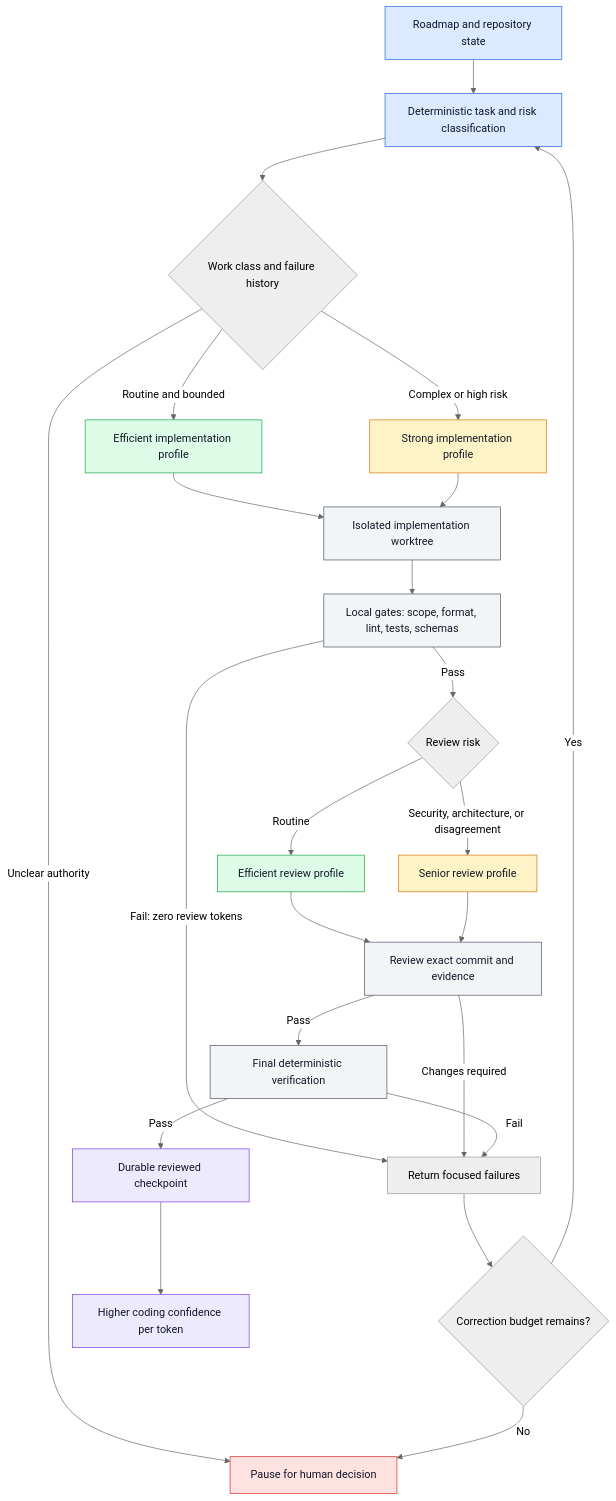
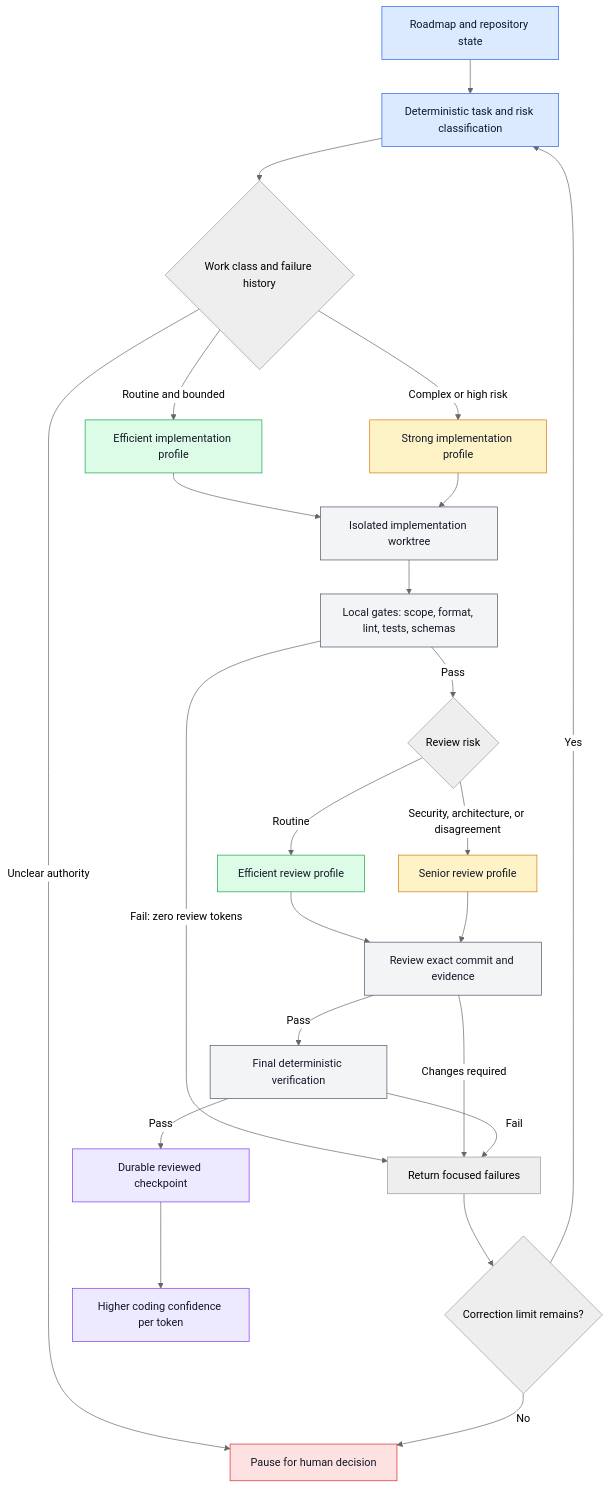
One commit to AaronNHorvitz/CodingMage changed the first of 2 diagrams in README.md. Above: the diagram before and after it, drawn with Mermaid (neutral theme). The commit also changed other lines of this file and 21 other files, not shown here.

````diff
--- a/README.md
+++ b/README.md
@@ -23,45 +23,45 @@
 ```mermaid
 flowchart TD
     A[Roadmap and repository state] --> B[Deterministic task and risk classification]
     B --> C{Work class and failure history}
 
     C -- Routine and bounded --> D[Efficient implementation profile]
     C -- Complex or high risk --> E[Strong implementation profile]
     C -- Unclear authority --> X[Pause for human decision]
 
     D --> F[Isolated implementation worktree]
     E --> F
     F --> G[Local gates: scope, format, lint, tests, schemas]
 
     G -- Fail: zero review tokens --> H[Return focused failures]
-    H --> I{Correction budget remains?}
+    H --> I{Correction limit remains?}
     I -- Yes --> B
     I -- No --> X
 
     G -- Pass --> J{Review risk}
     J -- Routine --> K[Efficient review profile]
     J -- Security, architecture, or disagreement --> L[Senior review profile]
     K --> M[Review exact commit and evidence]
     L --> M
 
     M -- Changes required --> H
     M -- Pass --> N[Final deterministic verification]
     N -- Fail --> H
     N -- Pass --> O[Durable reviewed checkpoint]
 
     O --> P[Higher coding confidence per token]
 
     classDef input fill:#dbeafe,stroke:#2563eb,color:#111827
     classDef efficient fill:#dcfce7,stroke:#16a34a,color:#111827
     classDef strong fill:#fef3c7,stroke:#d97706,color:#111827
     classDef verify fill:#f3f4f6,stroke:#4b5563,color:#111827
     classDef stop fill:#fee2e2,stroke:#dc2626,color:#111827
     classDef result fill:#ede9fe,stroke:#7c3aed,color:#111827
 
     class A,B input
     class D,K efficient
     class E,L strong
     class F,G,M,N verify
     class X stop
     class O,P result
 ```
````
